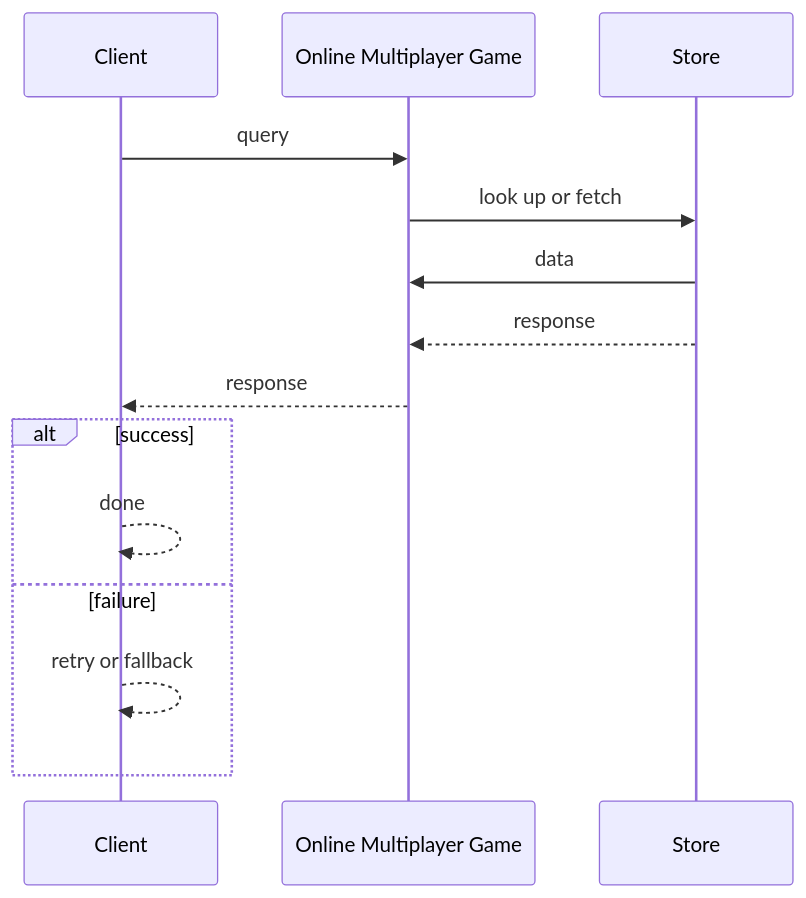
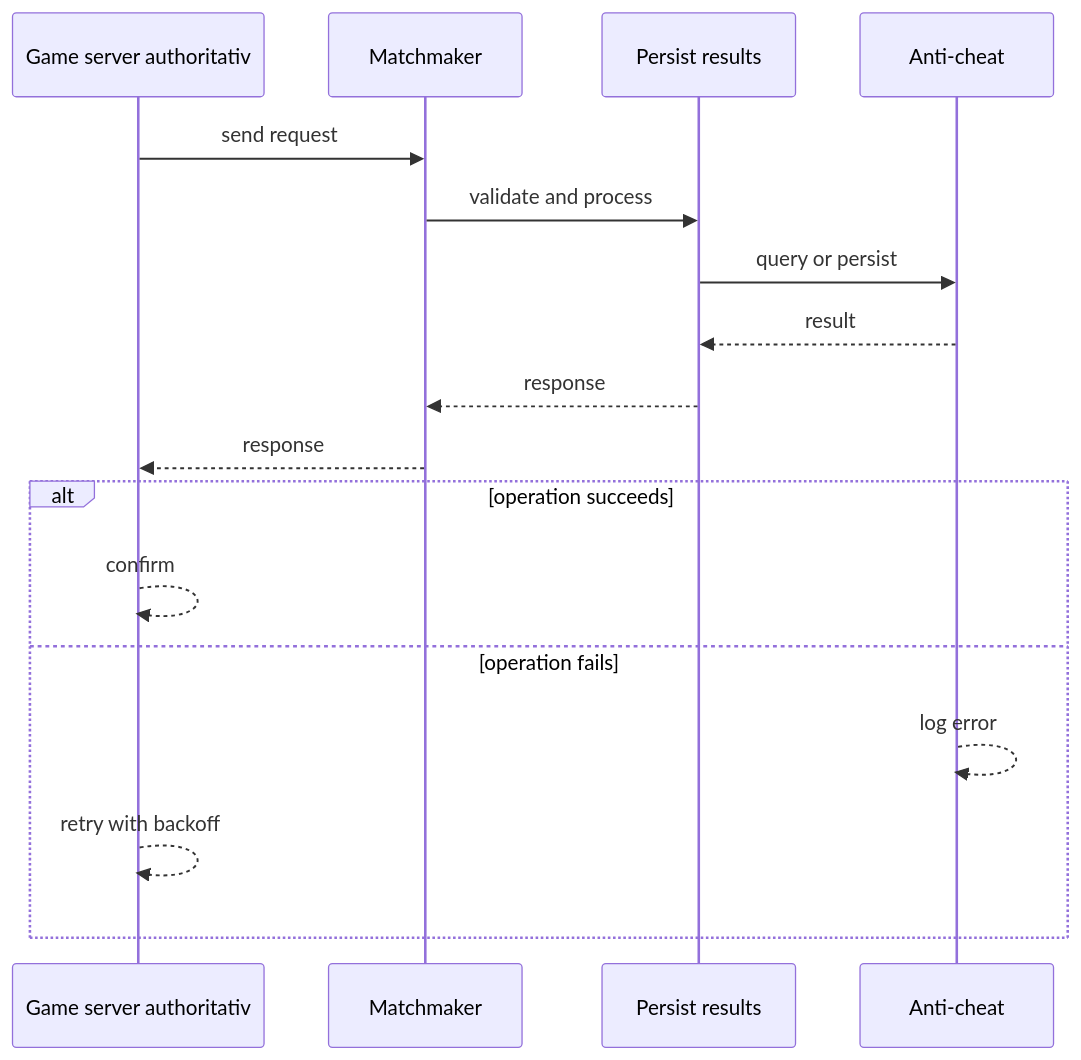
The second of 4 diagrams in case-studies/advanced/multiplayer-game.md (RIT-MESH/system-design-mastery), drawn with Mermaid before and after one commit. The commit also changed other lines of this file and 64 other files, not shown here.

````diff
--- a/case-studies/advanced/multiplayer-game.md
+++ b/case-studies/advanced/multiplayer-game.md
@@ -75,17 +62,20 @@
 ```mermaid
 %% created-for: system-design-mastery
 sequenceDiagram
-  participant P0 as Client
-  participant P1 as Online Multiplayer Game
-  participant P2 as Store
-  P0 ->> P1: query
-  P1 ->> P2: look up or fetch
-  P2 ->> P1: data
-  P2 -->> P1: response
-  P1 -->> P0: response
-  alt success
-    P0 -->> P0: done
-  else failure
-    P0 -->> P0: retry or fallback
+  participant C0 as Game server authoritativ
+  participant C1 as Matchmaker
+  participant C2 as Persist results
+  participant C3 as Anti-cheat
+  C0 ->> C1: send request
+  C1 ->> C2: validate and process
+  C2 ->> C3: query or persist
+  C3 -->> C2: result
+  C2 -->> C1: response
+  C1 -->> C0: response
+  alt operation succeeds
+    C0 -->> C0: confirm
+  else operation fails
+    C3 -->> C3: log error
+    C0 -->> C0: retry with backoff
   end
 ```
````
